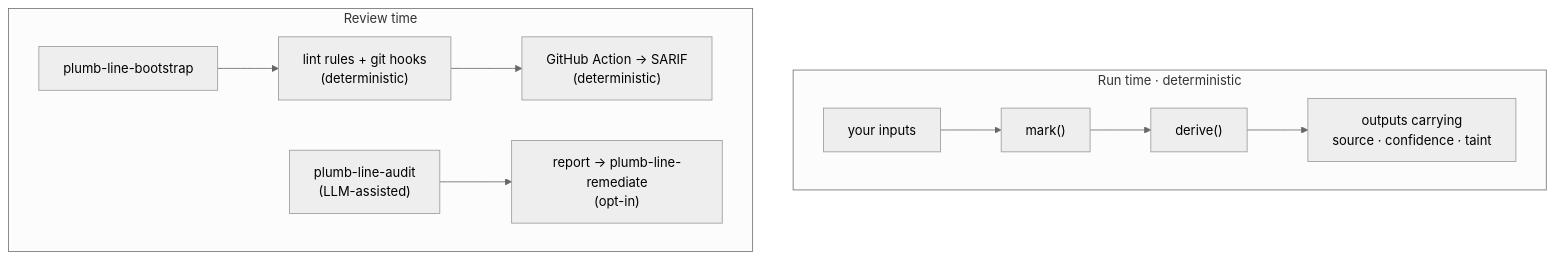
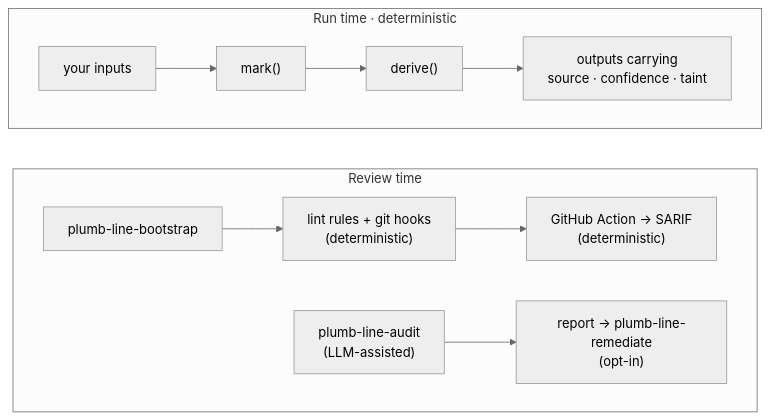
The diagram in README.md (slopstopper/plumb-line), drawn with Mermaid (neutral theme) before and after one commit.

Commit message:
docs(readme): pin the diagram's order, run time above review time (#379)
Claude-Session: https://claude.ai/code/session_01XpTUvb4WrVpbvbzKiUyomv

````diff
--- a/README.md
+++ b/README.md
@@ -94,12 +94,13 @@
 ```mermaid
 flowchart TB
   subgraph run["Run time · deterministic"]
     direction LR
     I[your inputs] --> M["mark()"] --> D["derive()"] --> O["outputs carrying<br/>source · confidence · taint"]
   end
   subgraph review["Review time"]
     direction LR
     B[plumb-line-bootstrap] --> L["lint rules + git hooks<br/>(deterministic)"] --> G["GitHub Action → SARIF<br/>(deterministic)"]
     A["plumb-line-audit<br/>(LLM-assisted)"] --> R["report → plumb-line-remediate<br/>(opt-in)"]
   end
+  run ~~~ review
 ```
````
